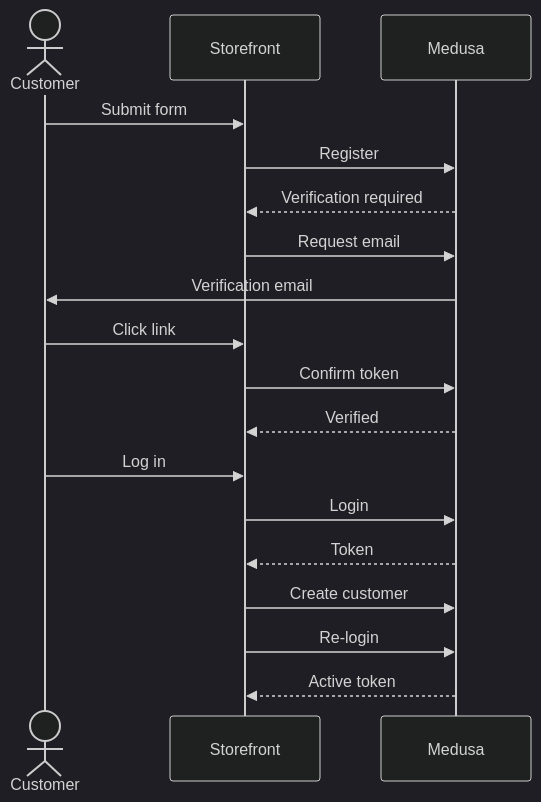
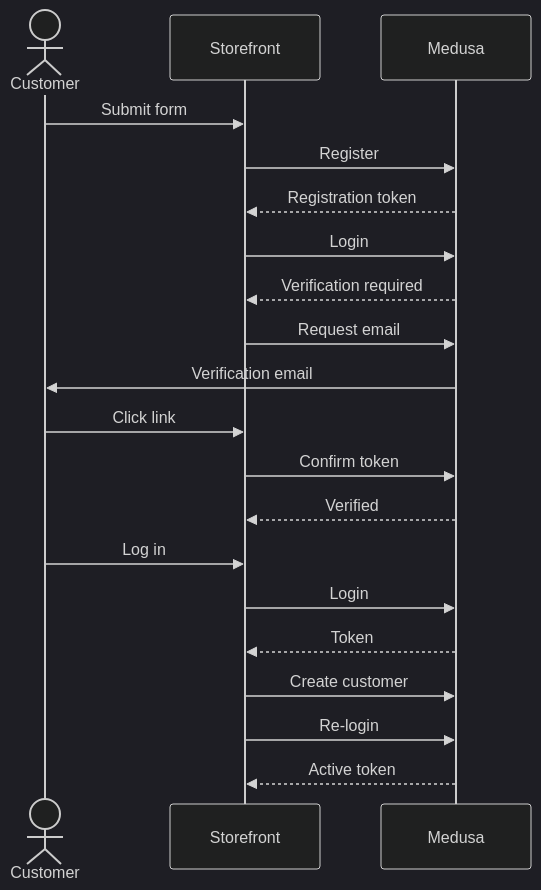
The diagram in www/apps/resources/app/storefront-development/customers/verify-account/page.mdx (yzkee/medusa), drawn with Mermaid (dark theme) before and after one commit. The commit also changed other lines of this file and 42 other files, not shown here.

````diff
--- a/www/apps/resources/app/storefront-development/customers/verify-account/page.mdx
+++ b/www/apps/resources/app/storefront-development/customers/verify-account/page.mdx
@@ -44,20 +50,22 @@
 ```mermaid
 sequenceDiagram
     actor C as Customer
     participant S as Storefront
     participant M as Medusa
     C->>S: Submit form
     S->>M: Register
+    M-->>S: Registration token
+    S->>M: Login
     M-->>S: Verification required
     S->>M: Request email
     M->>C: Verification email
     C->>S: Click link
     S->>M: Confirm token
     M-->>S: Verified
     C->>S: Log in
     S->>M: Login
     M-->>S: Token
     S->>M: Create customer
     S->>M: Re-login
     M-->>S: Active token
 ```
````
